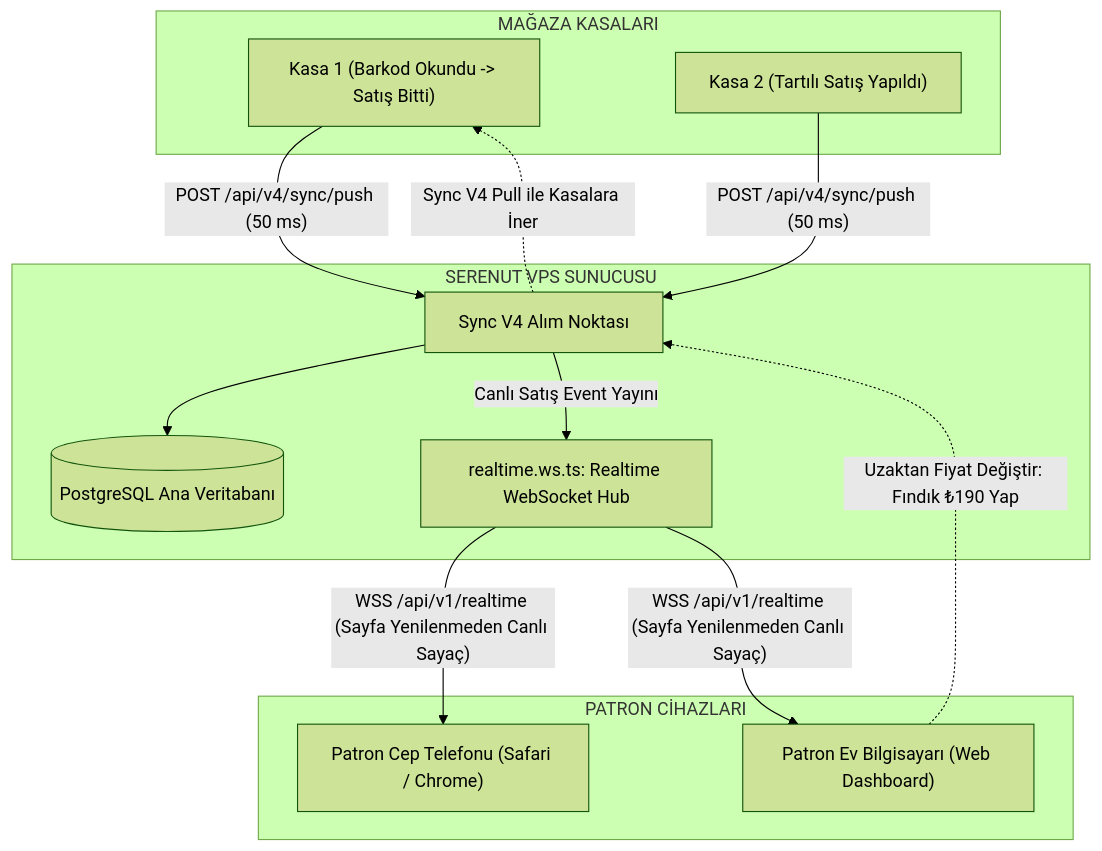
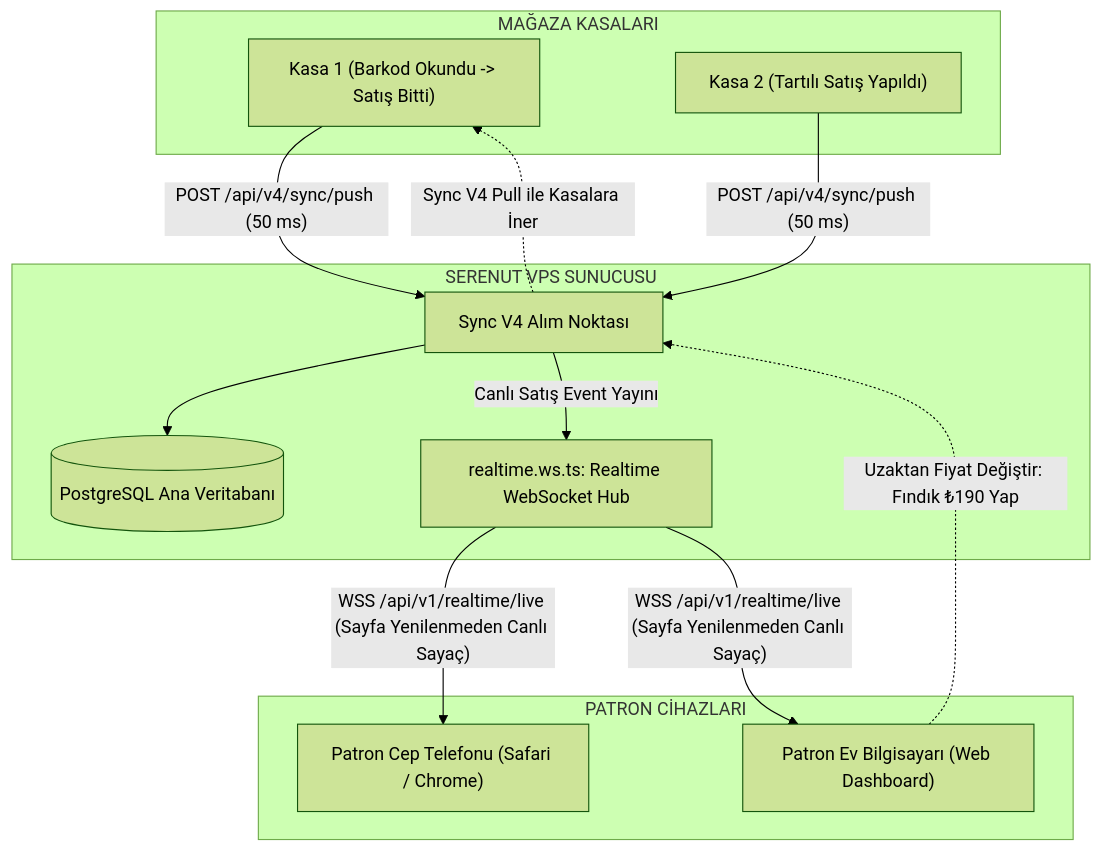
One commit to mhmtgwn/serenut changed diagram 14 of 16 in docs/SERENUT_OS_MASTER_OPERATING_MANUAL.md. Above: the diagram before and after it, drawn with Mermaid (forest theme). The commit also changed other lines of this file and 321 other files, not shown here.

````diff
--- a/docs/SERENUT_OS_MASTER_OPERATING_MANUAL.md
+++ b/docs/SERENUT_OS_MASTER_OPERATING_MANUAL.md
@@ -1137,27 +1215,27 @@
 ```mermaid
 graph TD
     subgraph "MAĞAZA KASALARI"
         Kasa1["Kasa 1 (Barkod Okundu -> Satış Bitti)"]
         Kasa2["Kasa 2 (Tartılı Satış Yapıldı)"]
     end
 
     subgraph "SERENUT VPS SUNUCUSU"
         SyncIngest["Sync V4 Alım Noktası"]
         PostgresDB[("PostgreSQL Ana Veritabanı")]
         RealtimeHub["realtime.ws.ts: Realtime WebSocket Hub"]
     end
 
     subgraph "PATRON CİHAZLARI"
         BossMobile["Patron Cep Telefonu (Safari / Chrome)"]
         BossLaptop["Patron Ev Bilgisayarı (Web Dashboard)"]
     end
 
     Kasa1 -- "POST /api/v4/sync/push (50 ms)" --> SyncIngest
     Kasa2 -- "POST /api/v4/sync/push (50 ms)" --> SyncIngest
     SyncIngest --> PostgresDB
     SyncIngest -- "Canlı Satış Event Yayını" --> RealtimeHub
-    RealtimeHub -- "WSS /api/v1/realtime (Sayfa Yenilenmeden Canlı Sayaç)" --> BossMobile
-    RealtimeHub -- "WSS /api/v1/realtime (Sayfa Yenilenmeden Canlı Sayaç)" --> BossLaptop
+    RealtimeHub -- "WSS /api/v1/realtime/live (Sayfa Yenilenmeden Canlı Sayaç)" --> BossMobile
+    RealtimeHub -- "WSS /api/v1/realtime/live (Sayfa Yenilenmeden Canlı Sayaç)" --> BossLaptop
     BossLaptop -. "Uzaktan Fiyat Değiştir: Fındık ₺190 Yap" .-> SyncIngest
     SyncIngest -. "Sync V4 Pull ile Kasalara İner" .-> Kasa1
 ```
````
